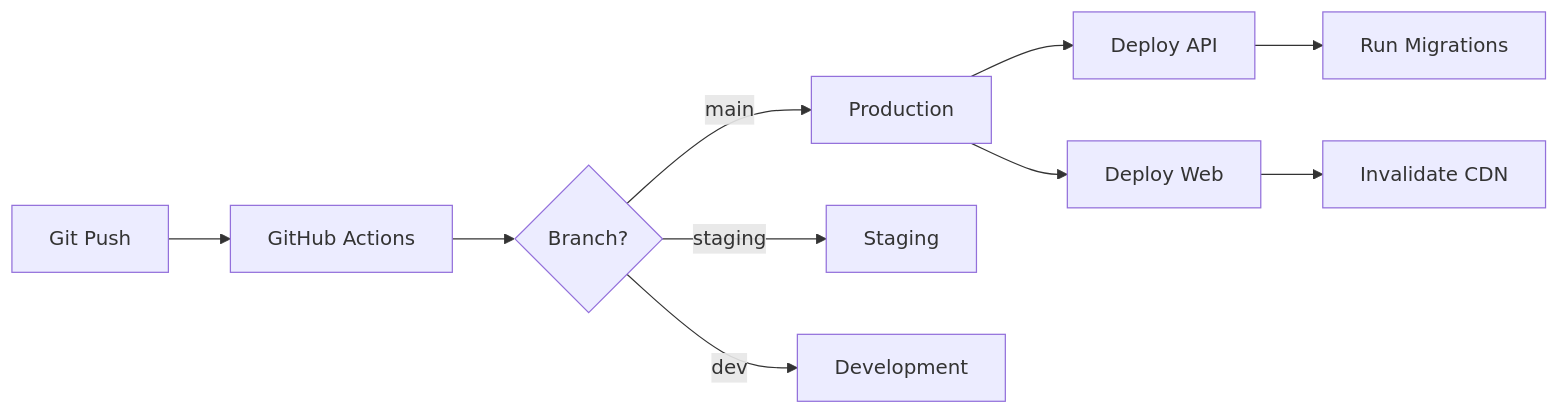
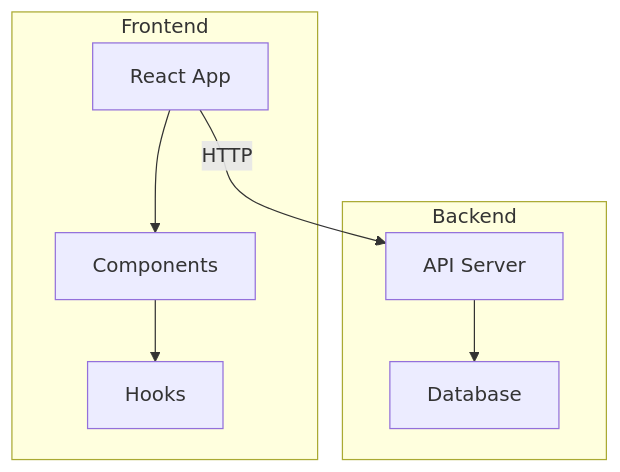
One commit to runkids/claude-skill-registry changed the second of 12 diagrams in skills/data/mermaid-diagrams/SKILL.md. Above: the diagram before and after it, drawn with Mermaid. The commit also changed other lines of this file and 17911 other files, not shown here.

````diff
--- a/skills/data/mermaid-diagrams/SKILL.md
+++ b/skills/data/mermaid-diagrams/SKILL.md
@@ -405,12 +47,13 @@
 ```mermaid
-flowchart LR
-    A[Git Push] --> B[GitHub Actions]
-    B --> C{Branch?}
-    C -->|main| D[Production]
-    C -->|staging| E[Staging]
-    C -->|dev| F[Development]
-    D --> G[Deploy API]
-    D --> H[Deploy Web]
-    G --> I[Run Migrations]
-    H --> J[Invalidate CDN]
+flowchart TB
+    subgraph Frontend
+        A[React App] --> B[Components]
+        B --> C[Hooks]
+    end
+    
+    subgraph Backend
+        D[API Server] --> E[Database]
+    end
+    
+    A -->|HTTP| D
 ```
````
